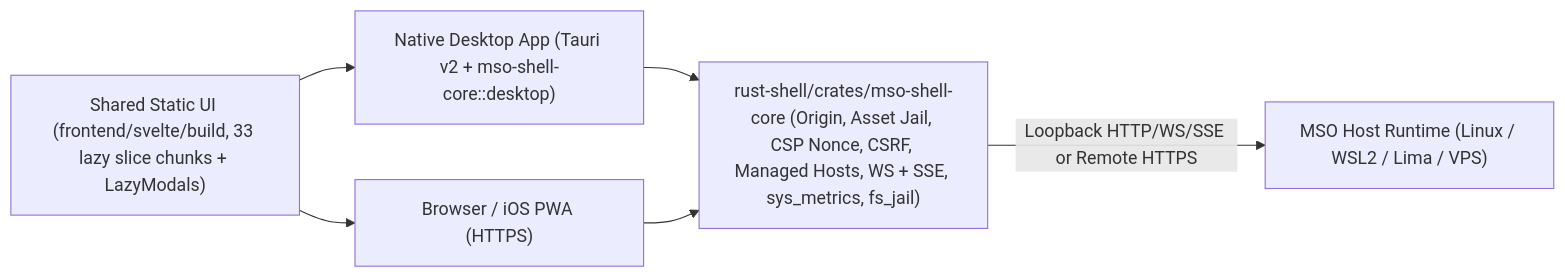
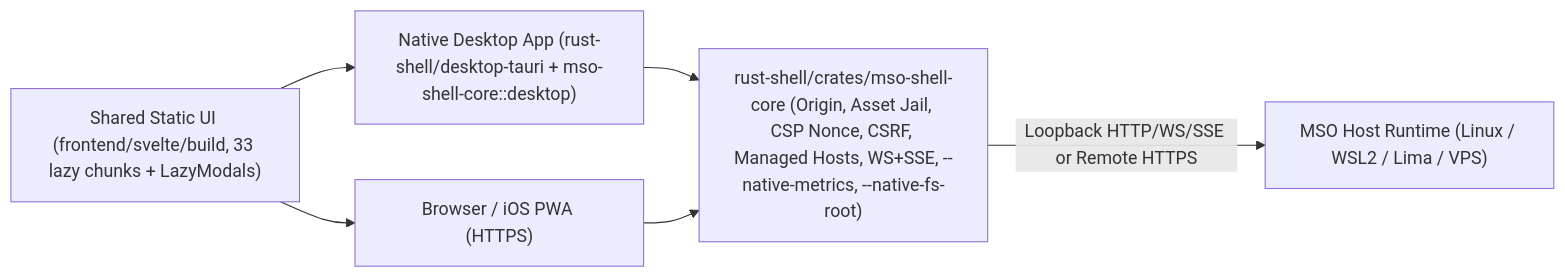
Before and after one commit to rahmanef63/mso: the diagram in docs/RUST-SHELL-PLAN.md, drawn with Mermaid. The commit also changed other lines of this file and 26 other files, not shown here.

Commit message:
feat(hybrid): complete Inc. 2 onboarding, Inc. 4F deep parity, Rust R4 native endpoints, and R1 Tauri v2 scaffold

````diff
--- a/docs/RUST-SHELL-PLAN.md
+++ b/docs/RUST-SHELL-PLAN.md
@@ -63,14 +63,14 @@
 ```mermaid
 flowchart LR
-  UI["Shared Static UI (frontend/svelte/build, 33 lazy slice chunks + LazyModals)"]
+  UI["Shared Static UI (frontend/svelte/build, 33 lazy chunks + LazyModals)"]
   Web["Browser / iOS PWA (HTTPS)"]
-  Desktop["Native Desktop App (Tauri v2 + mso-shell-core::desktop)"]
-  Core["rust-shell/crates/mso-shell-core (Origin, Asset Jail, CSP Nonce, CSRF, Managed Hosts, WS + SSE, sys_metrics, fs_jail)"]
+  Desktop["Native Desktop App (rust-shell/desktop-tauri + mso-shell-core::desktop)"]
+  Core["rust-shell/crates/mso-shell-core (Origin, Asset Jail, CSP Nonce, CSRF, Managed Hosts, WS+SSE, --native-metrics, --native-fs-root)"]
   Host["MSO Host Runtime (Linux / WSL2 / Lima / VPS)"]
 
   UI --> Web
   UI --> Desktop
   Desktop --> Core
   Web --> Core
   Core -->|"Loopback HTTP/WS/SSE or Remote HTTPS"| Host
 ```
````
